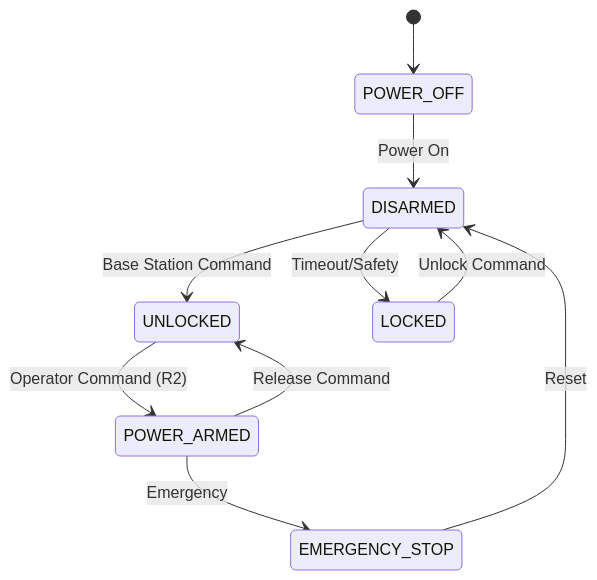
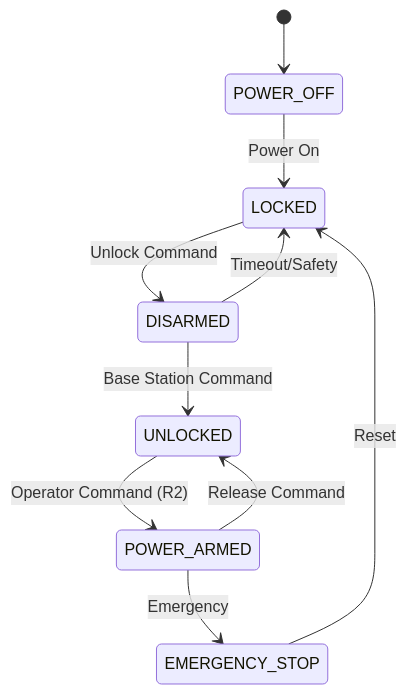
The third of 3 diagrams in README.md (AryanRai/SIRI-Elec), drawn with Mermaid before and after one commit. The commit also changed other lines of this file and 4 other files, not shown here.

````diff
--- a/README.md
+++ b/README.md
@@ -298,12 +298,12 @@
 ```mermaid
 stateDiagram-v2
     [*] --> POWER_OFF
-    POWER_OFF --> DISARMED : Power On
+    POWER_OFF --> LOCKED : Power On
+    LOCKED --> DISARMED : Unlock Command
     DISARMED --> UNLOCKED : Base Station Command
     DISARMED --> LOCKED : Timeout/Safety
     UNLOCKED --> POWER_ARMED : Operator Command (R2)
     POWER_ARMED --> UNLOCKED : Release Command
-    LOCKED --> DISARMED : Unlock Command
     POWER_ARMED --> EMERGENCY_STOP : Emergency
-    EMERGENCY_STOP --> DISARMED : Reset
+    EMERGENCY_STOP --> LOCKED : Reset
 ```
````
